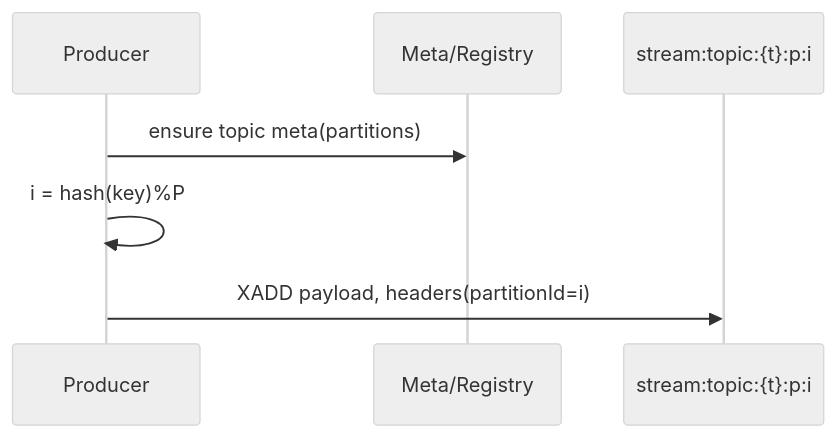
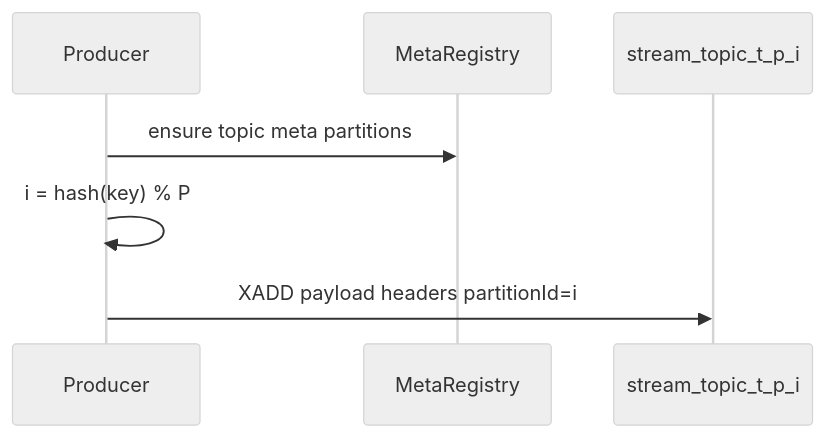
One commit to cuihairu/redis-streaming changed the first of 3 diagrams in docs/MQ-Broker-Interaction.md. Above: the diagram before and after it, drawn with Mermaid (neutral theme). The commit also changed other lines of this file and 2 other files, not shown here.

First line of the commit message:
fix: fix mermaid syntax for compatibility with v11.12.2

````diff
--- a/docs/MQ-Broker-Interaction.md
+++ b/docs/MQ-Broker-Interaction.md
@@ -30,9 +30,9 @@
 ```mermaid
 sequenceDiagram
   participant P as Producer
-  participant M as Meta/Registry
-  participant S as stream:topic:{t}:p:i
-  P->>M: ensure topic meta(partitions)
-  P->>P: i = hash(key)%P
-  P->>S: XADD payload, headers(partitionId=i)
+  participant M as MetaRegistry
+  participant S as stream_topic_t_p_i
+  P->>M: ensure topic meta partitions
+  P->>P: i = hash(key) % P
+  P->>S: XADD payload headers partitionId=i
 ```
````
